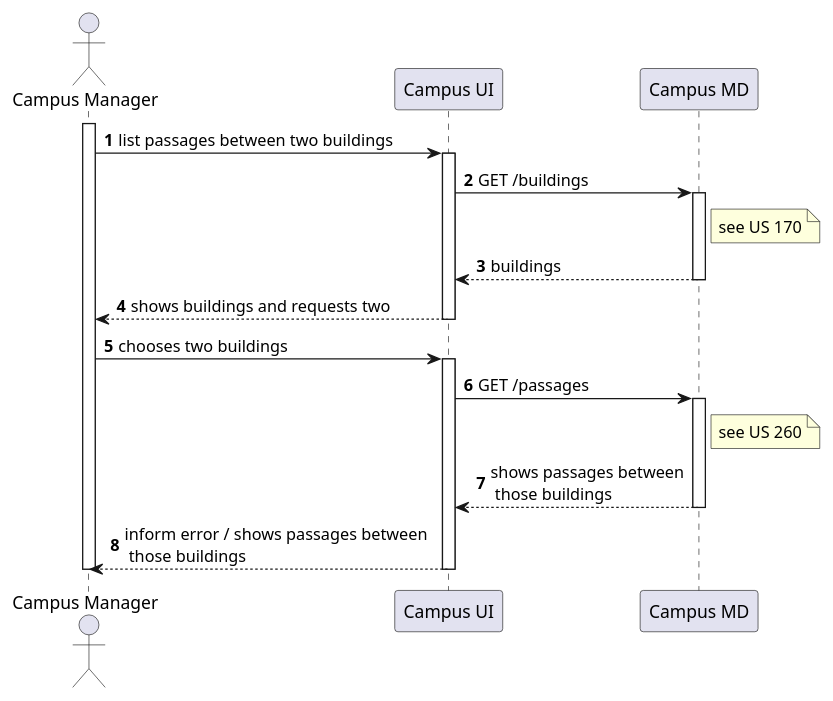
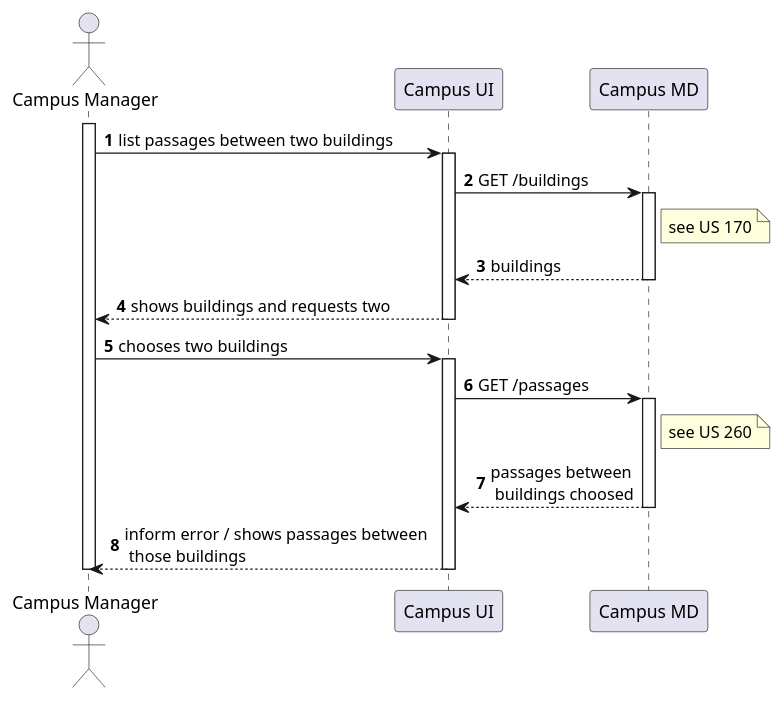
The diagram in docs/us1190/level3/process-view.puml (Departamento-de-Engenharia-Informatica/lapr5-23-24-g19), drawn with PlantUML before and after one commit. The commit also changed 7 other files, not shown here.

```diff
--- a/docs/us1190/level3/process-view.puml
+++ b/docs/us1190/level3/process-view.puml
@@ -1,33 +1,33 @@
 @startuml
 autonumber
 
 actor "Campus Manager" as usr
 
 participant "Campus UI" as ui
 participant "Campus MD" as md
 
 activate usr
     usr -> ui : list passages between two buildings
     activate ui
         ui -> md : GET /buildings
         activate md
             note right of md : see US 170
             md --> ui : buildings
         deactivate md
 
         ui --> usr : shows buildings and requests two
     deactivate ui
 
     usr -> ui : chooses two buildings
     activate ui
         ui -> md : GET /passages
         activate md
             note right of md : see US 260
-            md --> ui : shows passages between\n those buildings
+            md --> ui : passages between\n buildings choosed
         deactivate md
 
         ui --> usr : inform error / shows passages between\n those buildings
     deactivate ui
 deactivate usr
 
 @enduml
```
